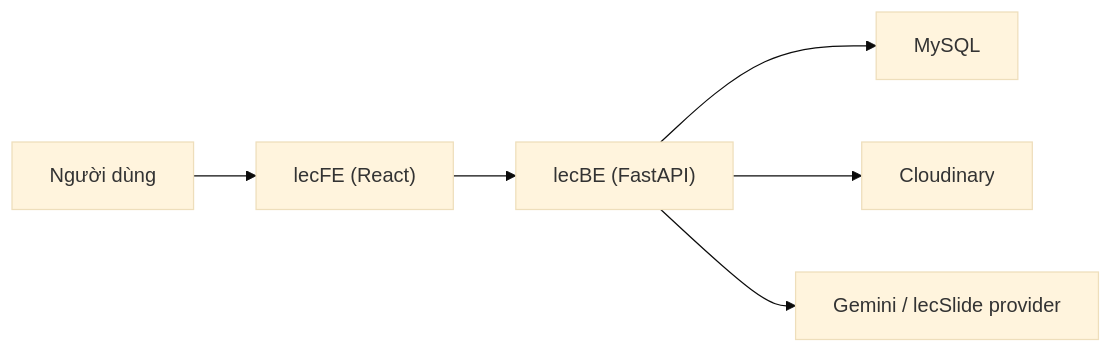
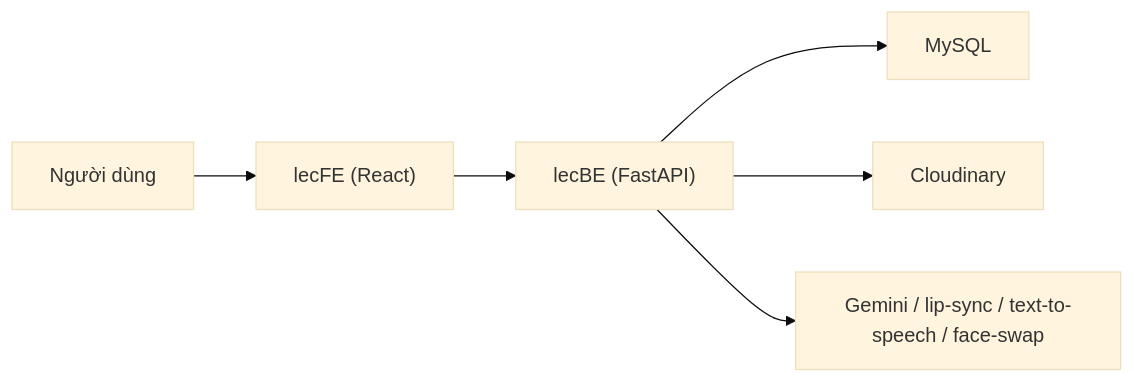
Before and after one commit to leanhduc03/Lecture-Video-Generate: the diagram in README.md, drawn with Mermaid (base theme).

````diff
--- a/README.md
+++ b/README.md
@@ -13,8 +13,8 @@
 ```mermaid
 flowchart LR
     U["Người dùng"] --> FE["lecFE (React)"]
     FE --> BE["lecBE (FastAPI)"]
     BE --> DB["MySQL"]
     BE --> CLD["Cloudinary"]
-    BE --> AI["Gemini / lecSlide provider"]
+    BE --> AI["Gemini / lip-sync / text-to-speech / face-swap"]
 ```
````
